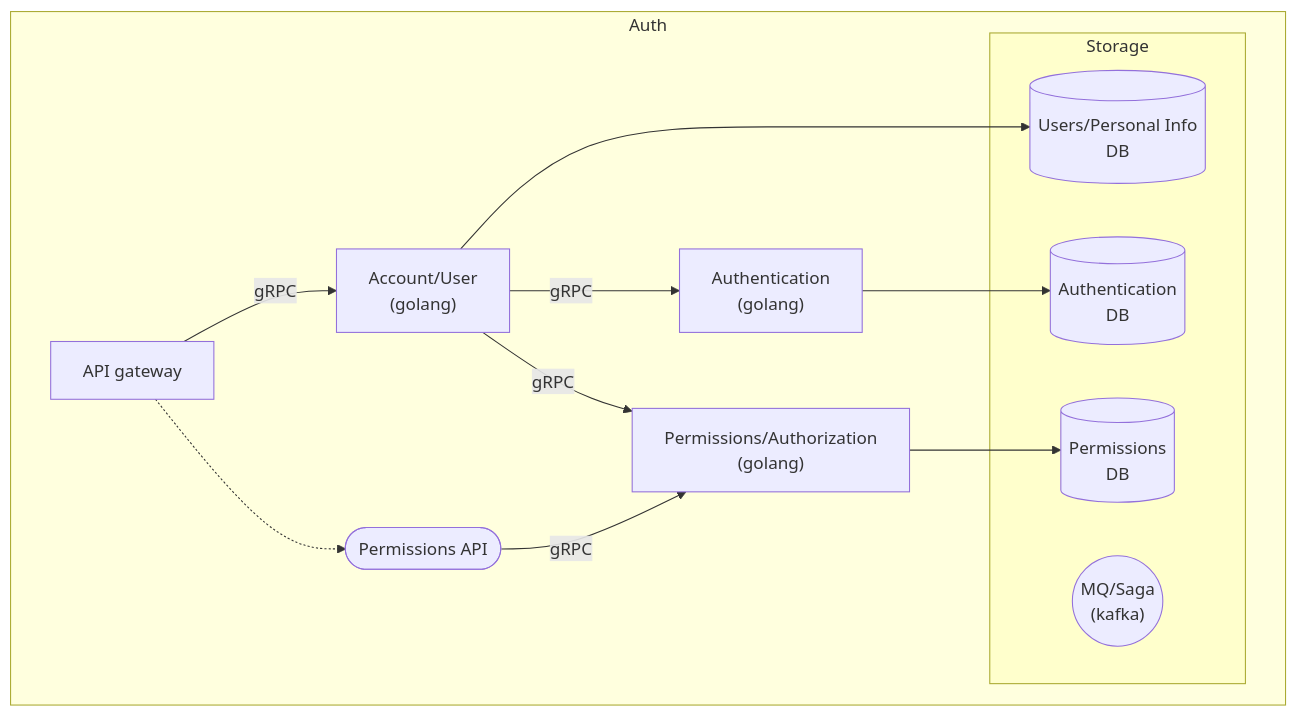
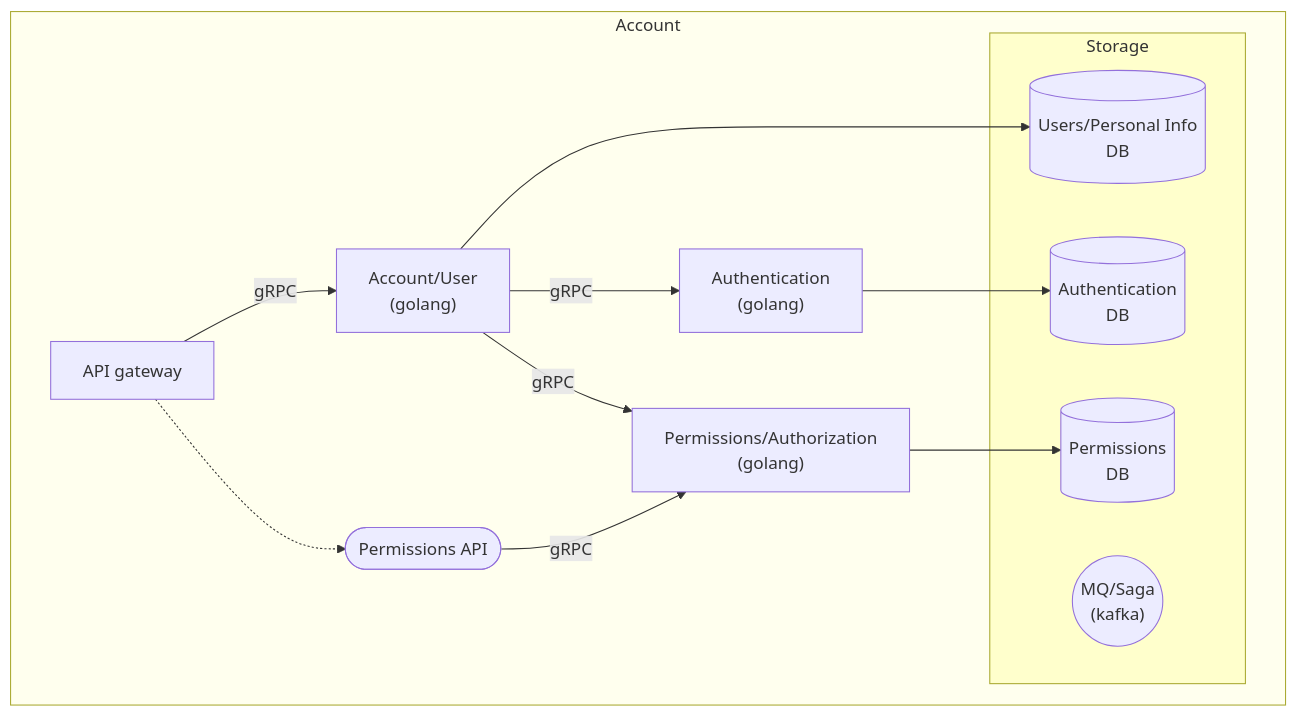
The second of 3 diagrams in README.md (sergereinov/notes-saas), drawn with Mermaid before and after one commit. The commit also changed other lines of this file, not shown here.

````diff
--- a/README.md
+++ b/README.md
@@ -67,30 +67,31 @@
 ```mermaid
 graph TD
 
     API --> |gRPC| Account
     API -.-> PermissionAPI
     Account --> |gRPC| Authentication
     Account --> |gRPC| Permission
     PermissionAPI --> |gRPC| Permission
     
     Account --> UserDB
     Authentication --> AuthenticationDB
     Permission --> PermissionDB
     
-    subgraph Auth
+    subgraph Acc["Account"]
         API["API gateway"]
         Account["Account/User<br/>(golang)"]
         Authentication["Authentication<br/>(golang)"]
         PermissionAPI(["Permissions API"])
         Permission["Permissions/Authorization<br/>(golang)"]
         
         subgraph Storage
             AuthenticationDB[("Authentication<br/>DB")]
             UserDB[("Users/Personal Info<br/>DB")]
             PermissionDB[("Permissions<br/>DB")]        
             MQ(("MQ/Saga<br/>(kafka)"))
         end    
     end
     
+    style Acc fill:#ffe
     style Storage fill:#ffc
 ```
````
